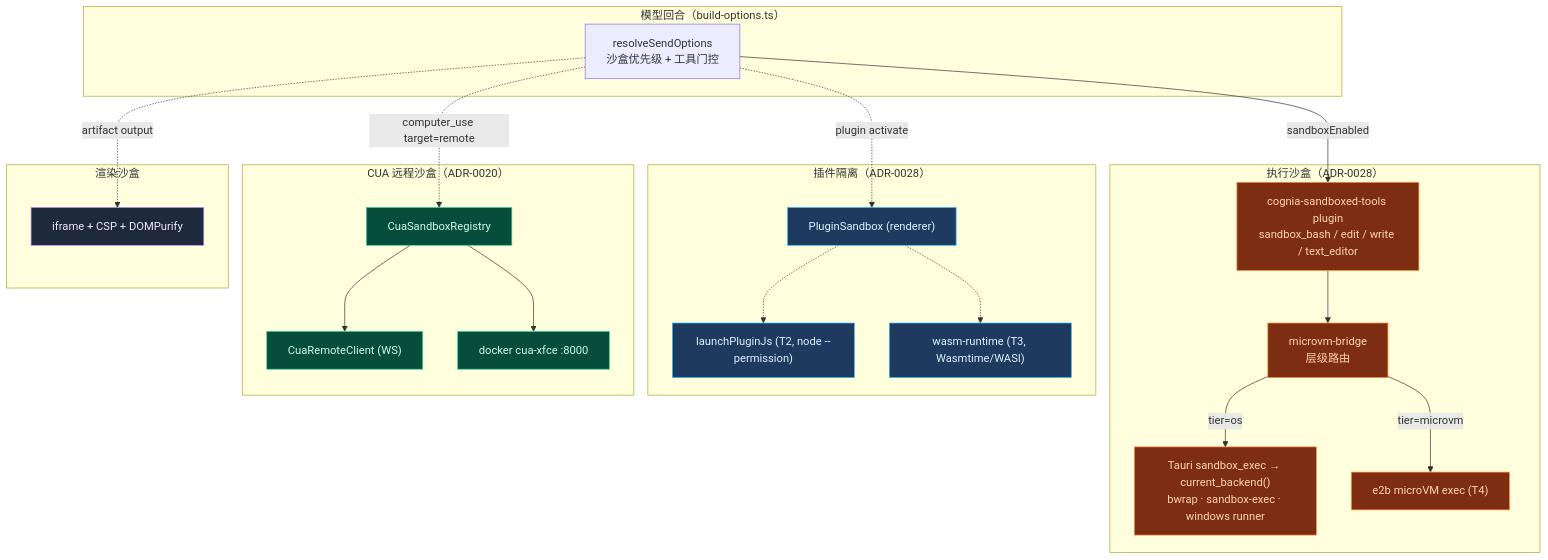
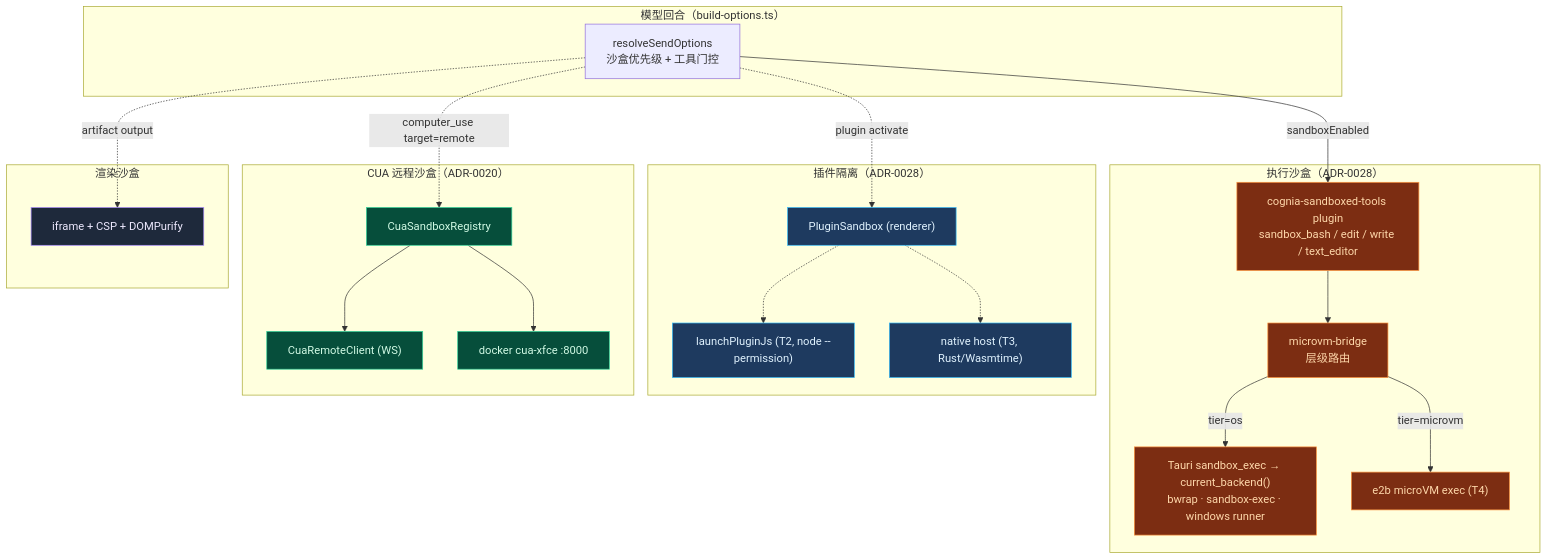
One commit to MaxQian888/cognia-next changed the diagram in docs/content/docs/zh/subsystems/sandbox/index.mdx. Above: the diagram before and after it, drawn with Mermaid. The commit also changed other lines of this file and 37 other files, not shown here.

````diff
--- a/docs/content/docs/zh/subsystems/sandbox/index.mdx
+++ b/docs/content/docs/zh/subsystems/sandbox/index.mdx
@@ -48,50 +48,50 @@
 ```mermaid
 flowchart TB
   subgraph Model["模型回合（build-options.ts）"]
     BO["resolveSendOptions<br/>沙盒优先级 + 工具门控"]
   end
 
   subgraph Exec["执行沙盒（ADR-0028）"]
     ST["cognia-sandboxed-tools plugin<br/>sandbox_bash / edit / write / text_editor"]
     MB["microvm-bridge<br/>层级路由"]
     OS["Tauri sandbox_exec → current_backend()<br/>bwrap · sandbox-exec · windows runner"]
     E2B["e2b microVM exec (T4)"]
   end
 
   subgraph Plugin["插件隔离（ADR-0028）"]
     PS["PluginSandbox (renderer)"]
     T2["launchPluginJs (T2, node --permission)"]
-    T3["wasm-runtime (T3, Wasmtime/WASI)"]
+    T3["native host (T3, Rust/Wasmtime)"]
   end
 
   subgraph CUA["CUA 远程沙盒（ADR-0020）"]
     REG["CuaSandboxRegistry"]
     WS["CuaRemoteClient (WS)"]
     DOCK["docker cua-xfce :8000"]
   end
 
   subgraph Render["渲染沙盒"]
     IF["iframe + CSP + DOMPurify"]
   end
 
   BO -->|"sandboxEnabled"| ST
   ST --> MB
   MB -->|"tier=os"| OS
   MB -->|"tier=microvm"| E2B
   BO -.->|"computer_use target=remote"| REG
   REG --> DOCK
   REG --> WS
   BO -.->|"plugin activate"| PS
   PS -.-> T2
   PS -.-> T3
   BO -.->|"artifact output"| IF
 
   classDef exec fill:#7c2d12,stroke:#fb923c,color:#fed7aa
   classDef plug fill:#1e3a5f,stroke:#38bdf8,color:#e0f2fe
   classDef cua fill:#064e3b,stroke:#34d399,color:#d1fae5
   classDef rend fill:#1e293b,stroke:#a78bfa,color:#ede9fe
   class ST,MB,OS,E2B exec
   class PS,T2,T3 plug
   class REG,WS,DOCK cua
   class IF rend
 ```
````
